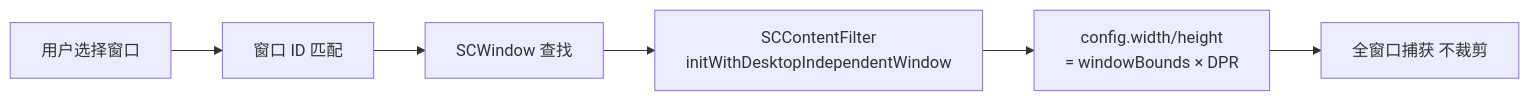
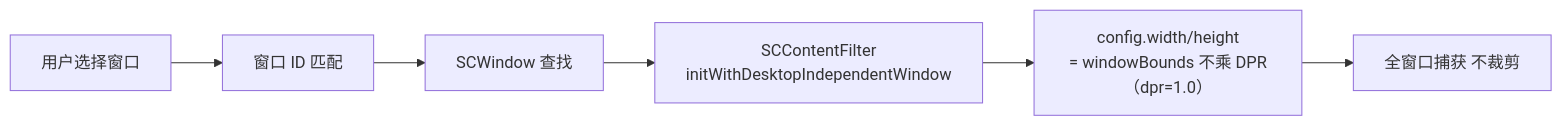
Before and after one commit to ChiangyangNPU/quick-shot: the fourth of 11 diagrams in docs/recording-macos.md, drawn with Mermaid. The commit also changed other lines of this file and 3 other files, not shown here.

````diff
--- a/docs/recording-macos.md
+++ b/docs/recording-macos.md
@@ -171,8 +171,8 @@
 ```mermaid
 flowchart LR
     A["用户选择窗口"] --> B["窗口 ID 匹配"]
     B --> C["SCWindow 查找"]
     C --> D["SCContentFilter<br/>initWithDesktopIndependentWindow"]
-    D --> E["config.width/height<br/>= windowBounds × DPR"]
+    D --> E["config.width/height<br/>= windowBounds 不乘 DPR（dpr=1.0）"]
     E --> F["全窗口捕获 不裁剪"]
 ```
````
